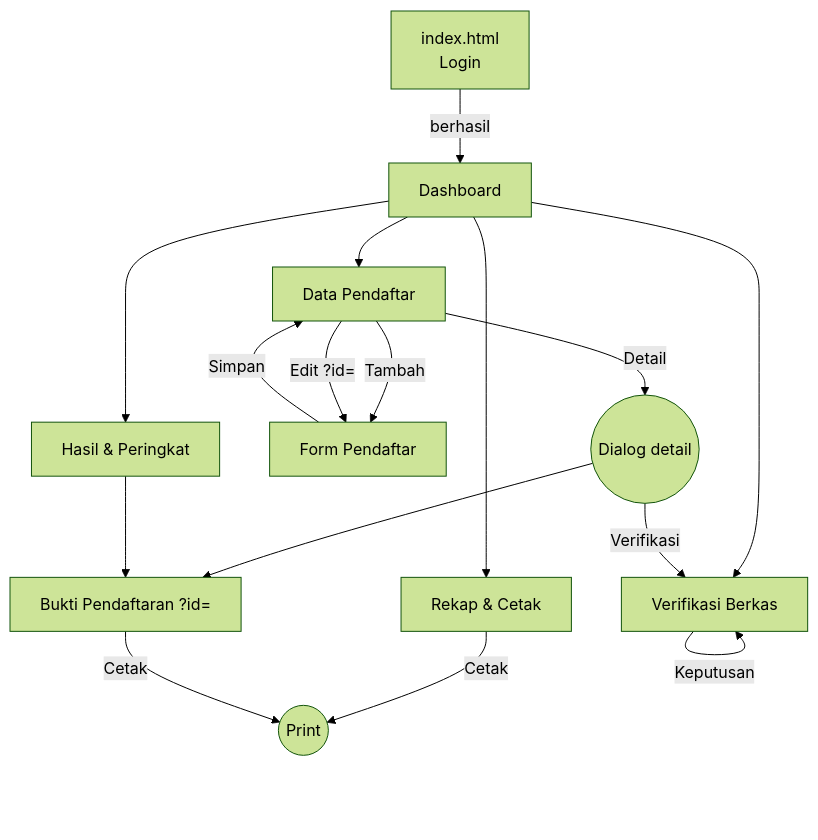
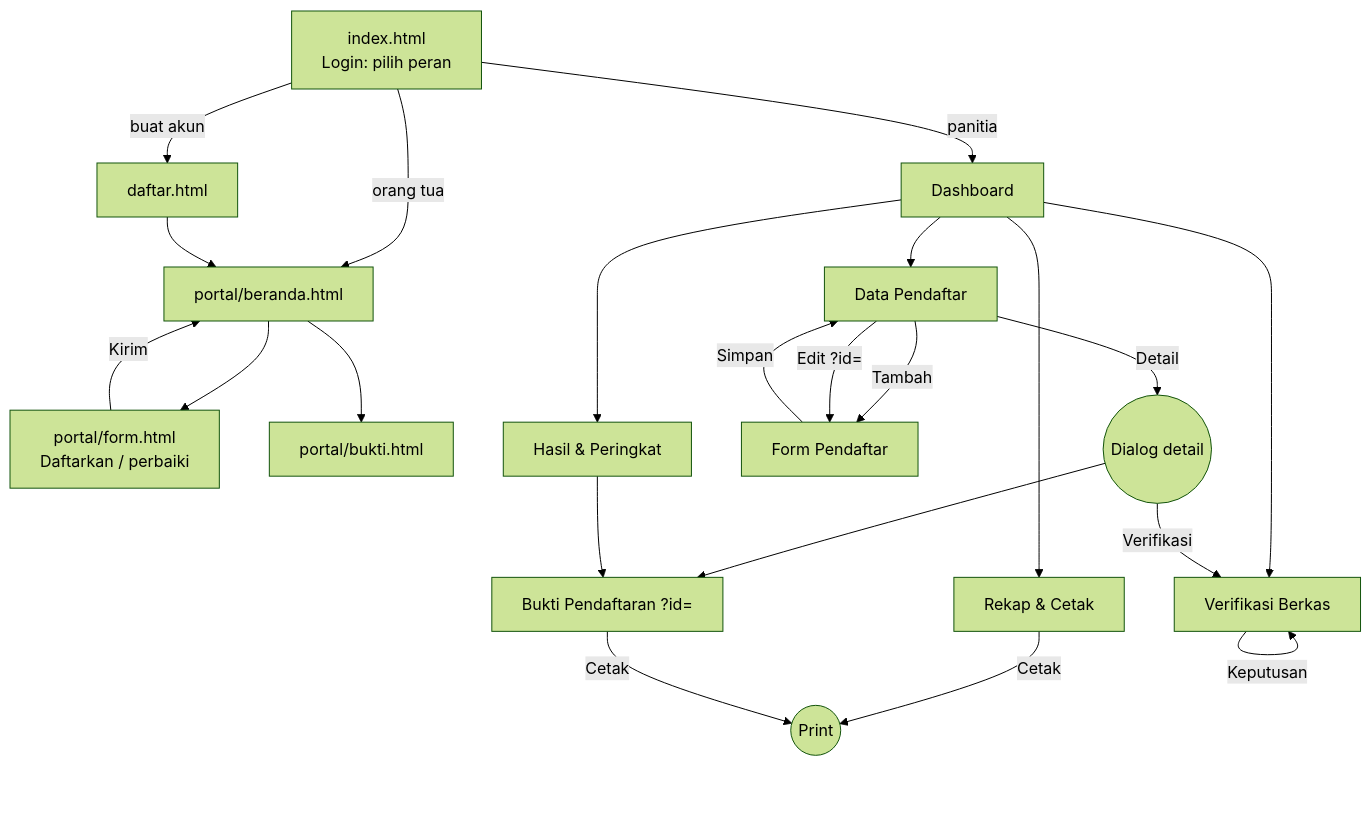
One commit to nurdinrhk-design/PROGRAMWEB_2 changed the first of 6 diagrams in docs/perencanaan.md. Above: the diagram before and after it, drawn with Mermaid (forest theme). The commit also changed other lines of this file and 32 other files, not shown here.

First line of the commit message:
feat(14): dua peran pengguna — orang tua & panitia (revisi dosen)

````diff
--- a/docs/perencanaan.md
+++ b/docs/perencanaan.md
@@ -264,18 +272,23 @@
 ```mermaid
 flowchart TD
-    L[index.html<br/>Login] -->|berhasil| D[Dashboard]
+    L[index.html<br/>Login: pilih peran] -->|panitia| D[Dashboard]
+    L -->|orang tua| PB[portal/beranda.html]
+    L -->|buat akun| DA[daftar.html] --> PB
+    PB --> PF[portal/form.html<br/>Daftarkan / perbaiki]
+    PB --> PK[portal/bukti.html]
+    PF -->|Kirim| PB
     D --> M[Data Pendaftar]
     D --> V[Verifikasi Berkas]
     D --> H[Hasil & Peringkat]
     D --> R[Rekap & Cetak]
     M -->|Tambah| F[Form Pendaftar]
     M -->|Edit ?id=| F
     M -->|Detail| MD((Dialog detail))
     MD --> B[Bukti Pendaftaran ?id=]
     MD -->|Verifikasi| V
     F -->|Simpan| M
     V -->|Keputusan| V
     H --> B
     R -->|Cetak| P((Print))
     B -->|Cetak| P
 ```
````
